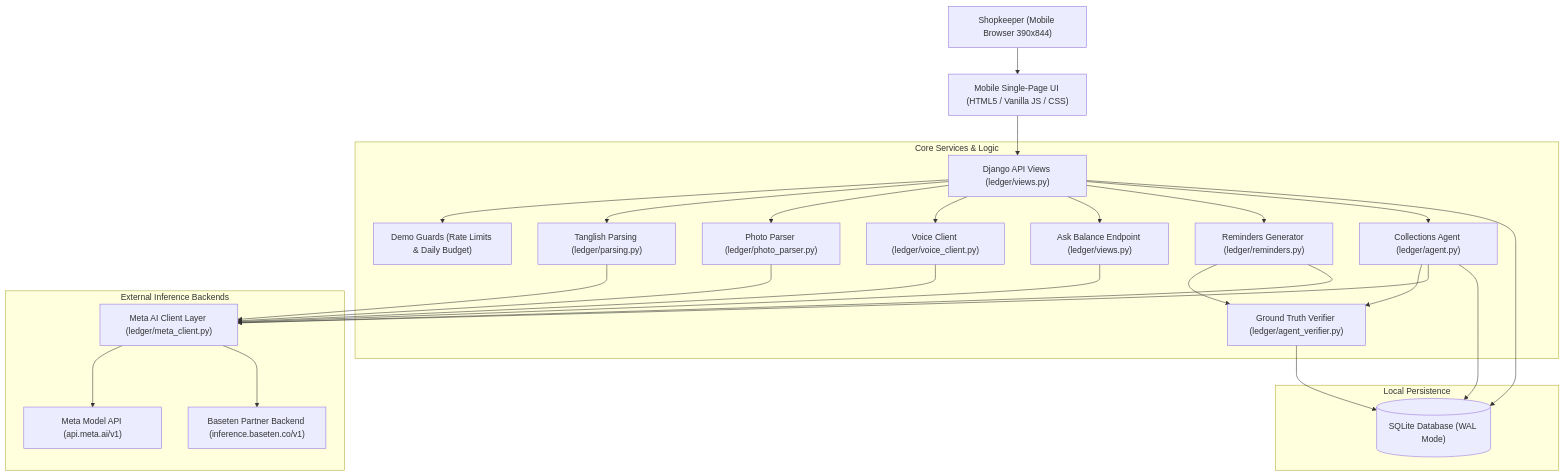
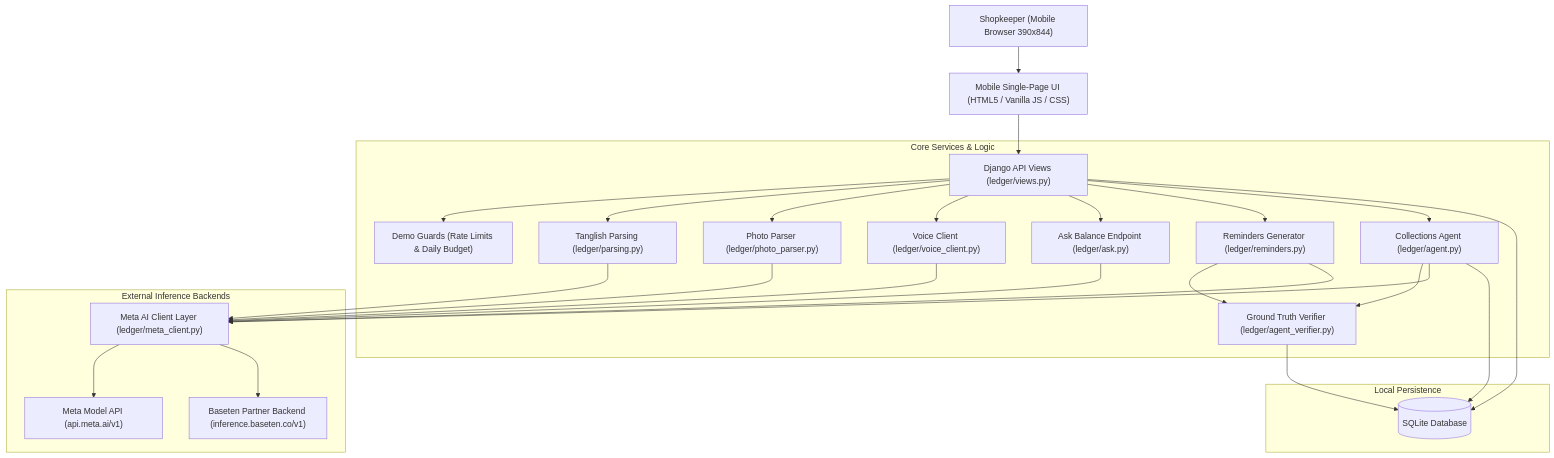
Before and after one commit to silambarasan-sh/kadai-khata: the diagram in README.md, drawn with Mermaid. The commit also changed other lines of this file and 2 other files, not shown here.

````diff
--- a/README.md
+++ b/README.md
@@ -54,35 +54,35 @@
 ```mermaid
 flowchart TD
     User["Shopkeeper (Mobile Browser 390x844)"] --> UI["Mobile Single-Page UI (HTML5 / Vanilla JS / CSS)"]
     UI --> Views["Django API Views (ledger/views.py)"]
     
     subgraph Services["Core Services & Logic"]
         Views --> Guards["Demo Guards (Rate Limits & Daily Budget)"]
         Views --> ParseSvc["Tanglish Parsing (ledger/parsing.py)"]
         Views --> PhotoSvc["Photo Parser (ledger/photo_parser.py)"]
         Views --> VoiceSvc["Voice Client (ledger/voice_client.py)"]
-        Views --> AskSvc["Ask Balance Endpoint (ledger/views.py)"]
+        Views --> AskSvc["Ask Balance Endpoint (ledger/ask.py)"]
         Views --> RemindSvc["Reminders Generator (ledger/reminders.py)"]
         Views --> AgentSvc["Collections Agent (ledger/agent.py)"]
         AgentSvc --> Verifier["Ground Truth Verifier (ledger/agent_verifier.py)"]
         RemindSvc --> Verifier
     end
 
     ParseSvc --> Client["Meta AI Client Layer (ledger/meta_client.py)"]
     PhotoSvc --> Client
     VoiceSvc --> Client
     AskSvc --> Client
     RemindSvc --> Client
     AgentSvc --> Client
 
     subgraph Storage["Local Persistence"]
-        Views --> DB[("SQLite Database (WAL Mode)")]
+        Views --> DB[("SQLite Database")]
         AgentSvc --> DB
         Verifier --> DB
     end
 
     subgraph CloudAPIs["External Inference Backends"]
         Client --> MetaAPI["Meta Model API (api.meta.ai/v1)"]
         Client --> BasetenAPI["Baseten Partner Backend (inference.baseten.co/v1)"]
     end
 ```
````
